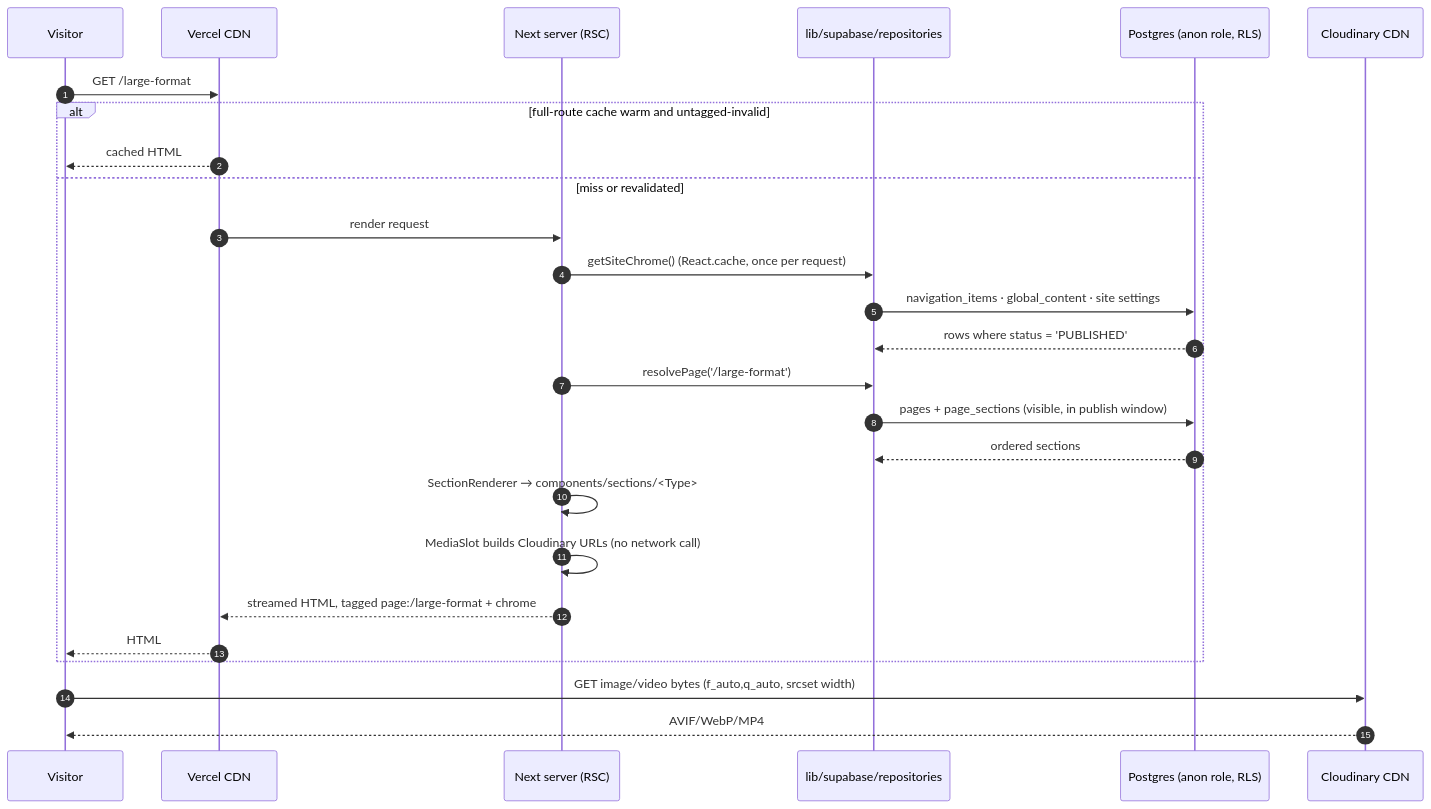
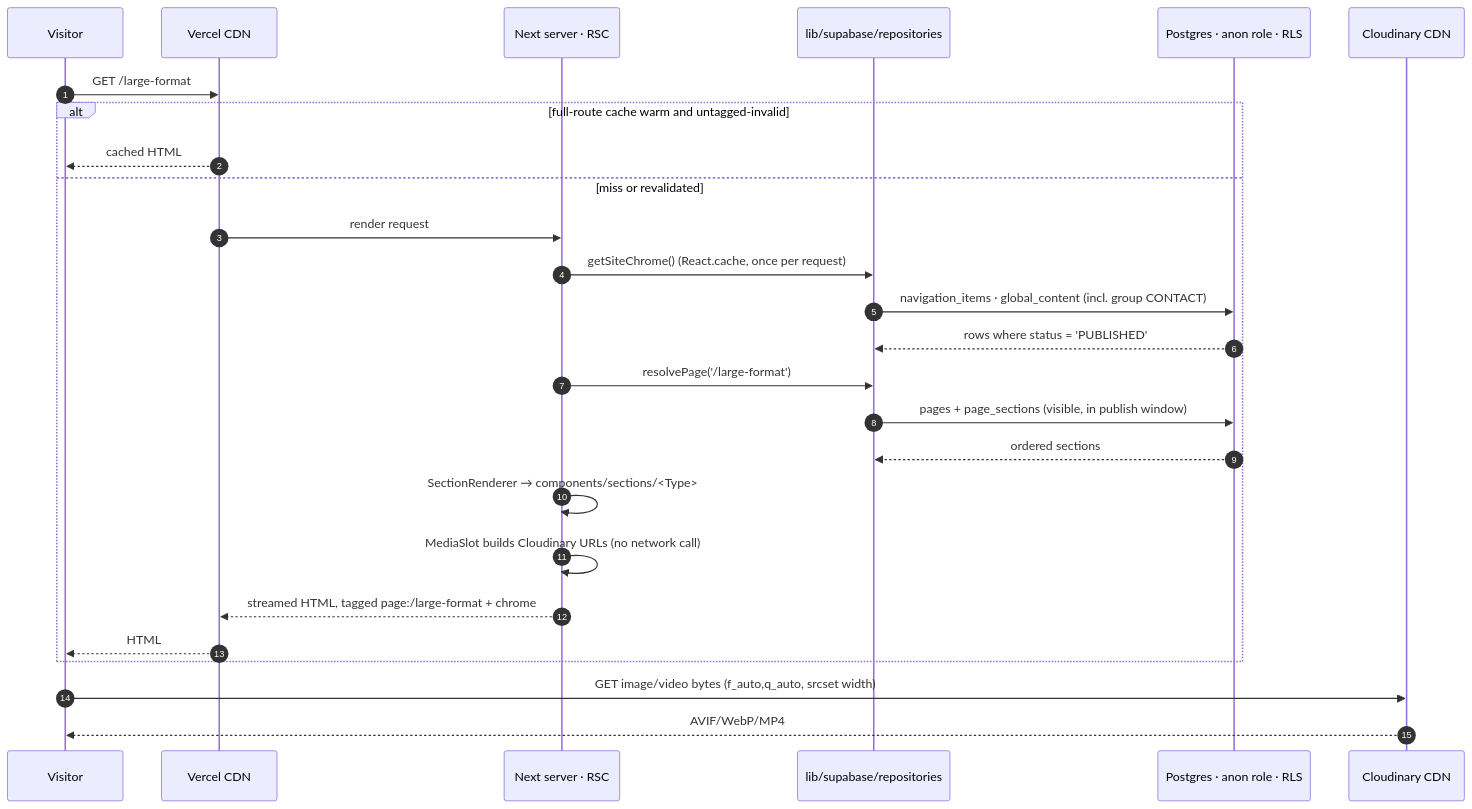
One commit to gondaliyabhavya70960/RivyaLivingArt changed the second of 4 diagrams in docs/architecture/ARCHITECTURE.md. Above: the diagram before and after it, drawn with Mermaid. The commit also changed other lines of this file and 16 other files, not shown here.

````diff
--- a/docs/architecture/ARCHITECTURE.md
+++ b/docs/architecture/ARCHITECTURE.md
@@ -249,29 +249,29 @@
 ```mermaid
 sequenceDiagram
   autonumber
   participant V as Visitor
   participant E as Vercel CDN
-  participant N as Next server (RSC)
+  participant N as Next server · RSC
   participant R as lib/supabase/repositories
-  participant DB as Postgres (anon role, RLS)
+  participant DB as Postgres · anon role · RLS
   participant C as Cloudinary CDN
 
   V->>E: GET /large-format
   alt full-route cache warm and untagged-invalid
     E-->>V: cached HTML
   else miss or revalidated
     E->>N: render request
     N->>R: getSiteChrome()  (React.cache, once per request)
-    R->>DB: navigation_items · global_content · site settings
+    R->>DB: navigation_items · global_content (incl. group CONTACT)
     DB-->>R: rows where status = 'PUBLISHED'
     N->>R: resolvePage('/large-format')
     R->>DB: pages + page_sections (visible, in publish window)
     DB-->>R: ordered sections
     N->>N: SectionRenderer → components/sections/<Type>
     N->>N: MediaSlot builds Cloudinary URLs (no network call)
     N-->>E: streamed HTML, tagged page:/large-format + chrome
     E-->>V: HTML
   end
   V->>C: GET image/video bytes (f_auto,q_auto, srcset width)
   C-->>V: AVIF/WebP/MP4
 ```
````
